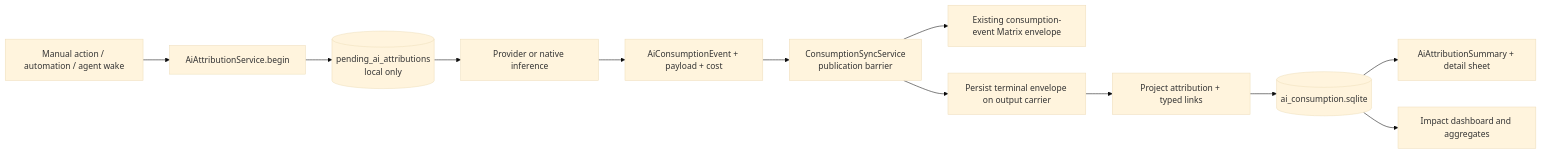
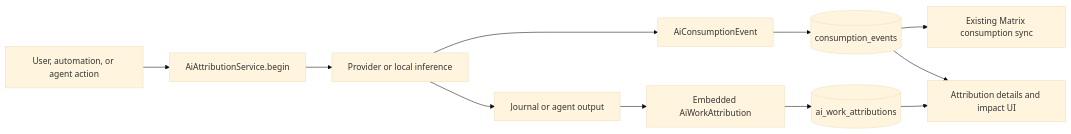
The first of 3 diagrams in lib/features/ai_consumption/README.md (matthiasn/lotti), drawn with Mermaid (base theme) before and after one commit. The commit also changed other lines of this file and 123 other files, not shown here.

````diff
--- a/lib/features/ai_consumption/README.md
+++ b/lib/features/ai_consumption/README.md
@@ -17,14 +16,13 @@
 ```mermaid
 flowchart LR
-  UI["Manual action / automation / agent wake"] --> Begin["AiAttributionService.begin"]
-  Begin --> Pending[("pending_ai_attributions<br/>local only")]
-  Pending --> Call["Provider or native inference"]
-  Call --> Evidence["AiConsumptionEvent + payload + cost"]
-  Evidence --> Barrier["ConsumptionSyncService<br/>publication barrier"]
-  Barrier --> Outbox["Existing consumption-event Matrix envelope"]
-  Barrier --> Carrier["Persist terminal envelope on output carrier"]
-  Carrier --> Project["Project attribution + typed links"]
-  Project --> Store[("ai_consumption.sqlite")]
-  Store --> Summary["AiAttributionSummary + detail sheet"]
-  Store --> Impact["Impact dashboard and aggregates"]
+  Action[User, automation, or agent action] --> Session[AiAttributionService.begin]
+  Session --> Call[Provider or local inference]
+  Call --> Event[AiConsumptionEvent]
+  Event --> Consumption[(consumption_events)]
+  Consumption --> Outbox[Existing Matrix consumption sync]
+  Call --> Output[Journal or agent output]
+  Output --> Carrier[Embedded AiWorkAttribution]
+  Carrier --> Projection[(ai_work_attributions)]
+  Consumption --> UI[Attribution details and impact UI]
+  Projection --> UI
 ```
````
